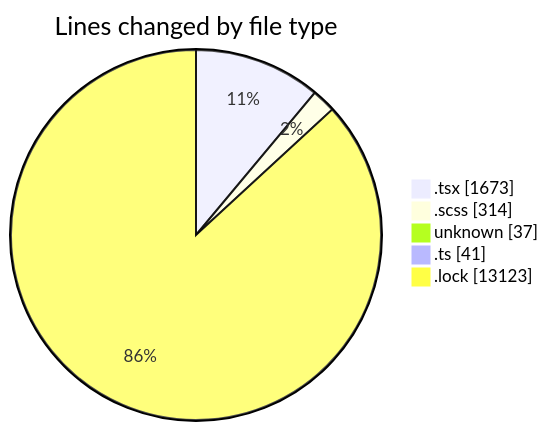
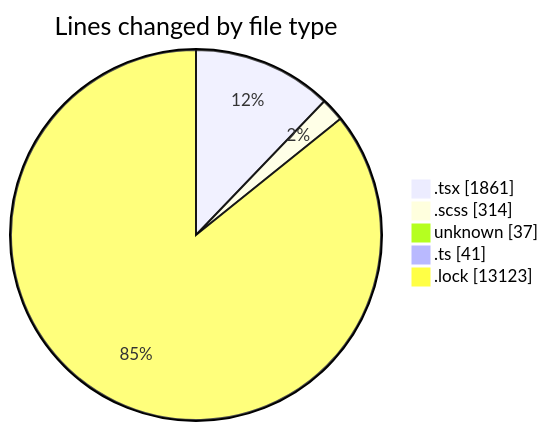
One commit to momahboobian/code-tracking changed the first of 2 diagrams in 2025-09-16/cda/README.md. Above: the diagram before and after it, drawn with Mermaid. The commit also changed other lines of this file and 1 other file, not shown here.

````diff
--- a/2025-09-16/cda/README.md
+++ b/2025-09-16/cda/README.md
@@ -29,9 +30,9 @@
 ```mermaid
 pie showData
 title Lines changed by file type
-".tsx" : 1673
+".tsx" : 1861
 ".scss" : 314
 "unknown" : 37
 ".ts" : 41
 ".lock" : 13123
 ```
````
